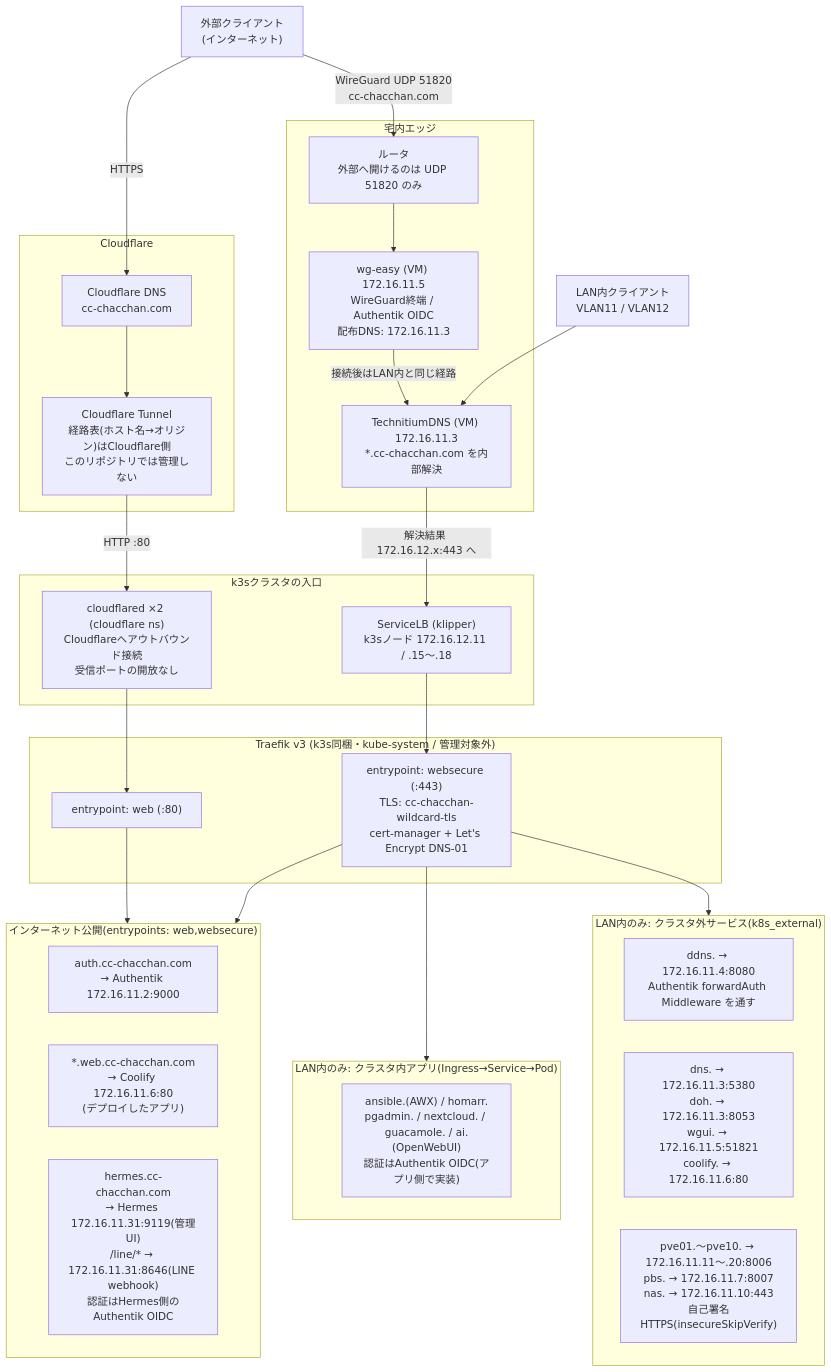
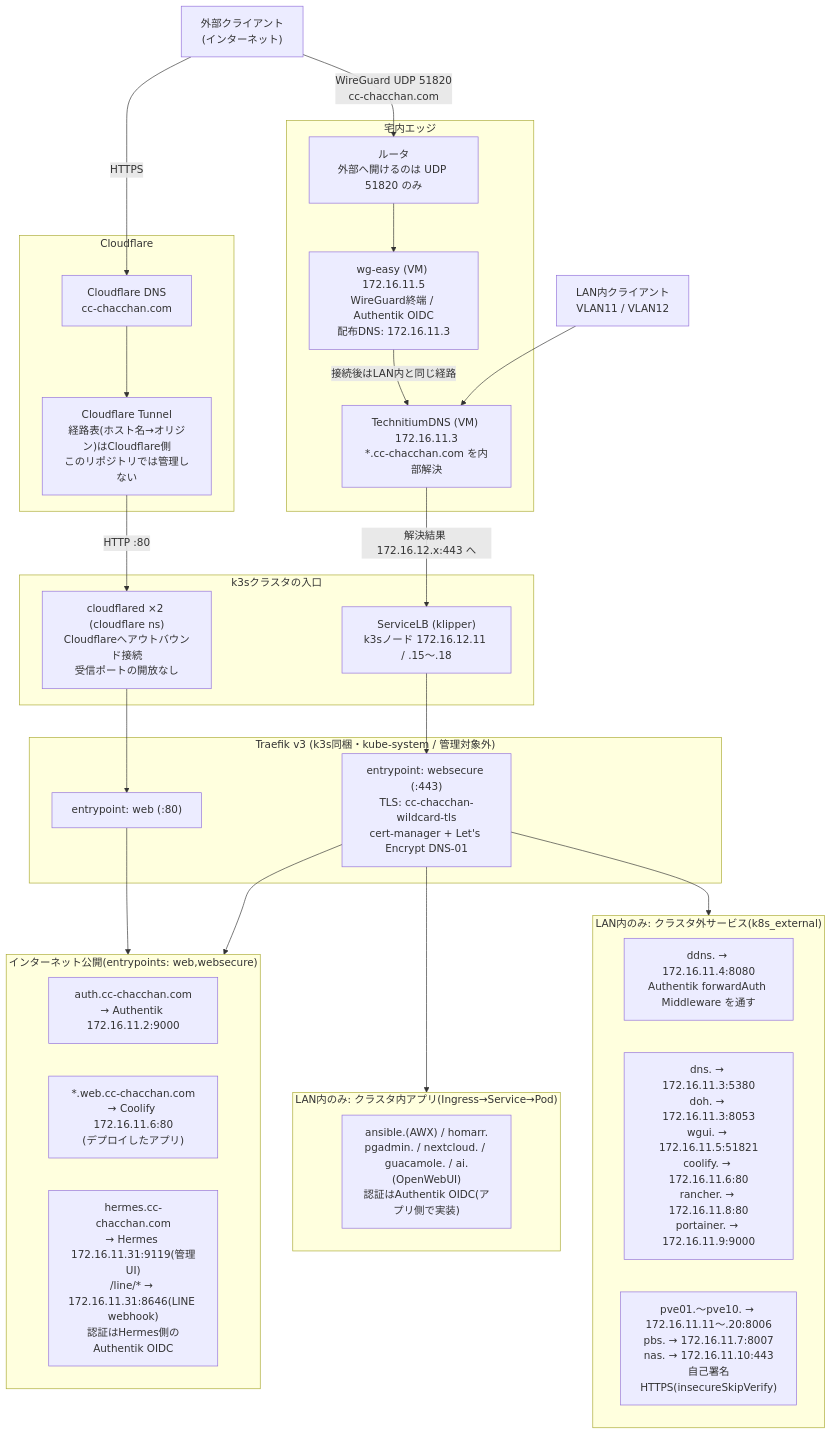
Before and after one commit to CHACCHAN/infrastructure: the second of 2 diagrams in infrastructure.md, drawn with Mermaid. The commit also changed other lines of this file and 162 other files, not shown here.

````diff
--- a/infrastructure.md
+++ b/infrastructure.md
@@ -96,55 +98,55 @@
 ```mermaid
 flowchart TB
   C_EXT["外部クライアント<br>(インターネット)"]
   C_LAN["LAN内クライアント<br>VLAN11 / VLAN12"]
 
   subgraph cloudflare["Cloudflare"]
     CF_DNS["Cloudflare DNS<br>cc-chacchan.com"]
     CF_TUNNEL["Cloudflare Tunnel<br>経路表(ホスト名→オリジン)はCloudflare側<br>このリポジトリでは管理しない"]
   end
 
   subgraph edge["宅内エッジ"]
     ROUTER["ルータ<br>外部へ開けるのは UDP 51820 のみ"]
     WG["wg-easy (VM) 172.16.11.5<br>WireGuard終端 / Authentik OIDC<br>配布DNS: 172.16.11.3"]
     DNS["TechnitiumDNS (VM) 172.16.11.3<br>*.cc-chacchan.com を内部解決"]
   end
 
   subgraph entry["k3sクラスタの入口"]
     CFD["cloudflared ×2 (cloudflare ns)<br>Cloudflareへアウトバウンド接続<br>受信ポートの開放なし"]
     SLB["ServiceLB (klipper)<br>k3sノード 172.16.12.11 / .15〜.18"]
   end
 
   subgraph traefik["Traefik v3 (k3s同梱・kube-system / 管理対象外)"]
     EP_WEB["entrypoint: web (:80)"]
     EP_SEC["entrypoint: websecure (:443)<br>TLS: cc-chacchan-wildcard-tls<br>cert-manager + Let's Encrypt DNS-01"]
   end
 
   subgraph pub["インターネット公開(entrypoints: web,websecure)"]
     H_AUTH["auth.cc-chacchan.com<br>→ Authentik 172.16.11.2:9000"]
     H_WEB["*.web.cc-chacchan.com<br>→ Coolify 172.16.11.6:80<br>(デプロイしたアプリ)"]
     H_HERMES["hermes.cc-chacchan.com<br>→ Hermes 172.16.11.31:9119(管理UI)<br>/line/* → 172.16.11.31:8646(LINE webhook)<br>認証はHermes側のAuthentik OIDC"]
   end
 
   subgraph lan_app["LAN内のみ: クラスタ内アプリ(Ingress→Service→Pod)"]
     A_APPS["ansible.(AWX) / homarr.<br>pgadmin. / nextcloud. / guacamole. / ai.(OpenWebUI)<br>認証はAuthentik OIDC(アプリ側で実装)"]
   end
 
   subgraph lan_ext["LAN内のみ: クラスタ外サービス(k8s_external)"]
     E_FWD["ddns. → 172.16.11.4:8080<br>Authentik forwardAuth Middleware を通す"]
-    E_NET["dns. → 172.16.11.3:5380<br>doh. → 172.16.11.3:8053<br>wgui. → 172.16.11.5:51821<br>coolify. → 172.16.11.6:80"]
+    E_NET["dns. → 172.16.11.3:5380<br>doh. → 172.16.11.3:8053<br>wgui. → 172.16.11.5:51821<br>coolify. → 172.16.11.6:80<br>rancher. → 172.16.11.8:80<br>portainer. → 172.16.11.9:9000"]
     E_INFRA["pve01.〜pve10. → 172.16.11.11〜.20:8006<br>pbs. → 172.16.11.7:8007<br>nas. → 172.16.11.10:443<br>自己署名HTTPS(insecureSkipVerify)"]
   end
 
   C_EXT -->|"HTTPS"| CF_DNS
   C_EXT -->|"WireGuard UDP 51820<br>cc-chacchan.com"| ROUTER
   CF_DNS --> CF_TUNNEL
   CF_TUNNEL -->|"HTTP :80"| CFD
   CFD --> EP_WEB
   ROUTER --> WG
   WG -->|"接続後はLAN内と同じ経路"| DNS
   C_LAN --> DNS
   DNS -->|"解決結果 172.16.12.x:443 へ"| SLB
   SLB --> EP_SEC
   EP_WEB --> pub
   EP_SEC --> pub & lan_app & lan_ext
 ```
````
